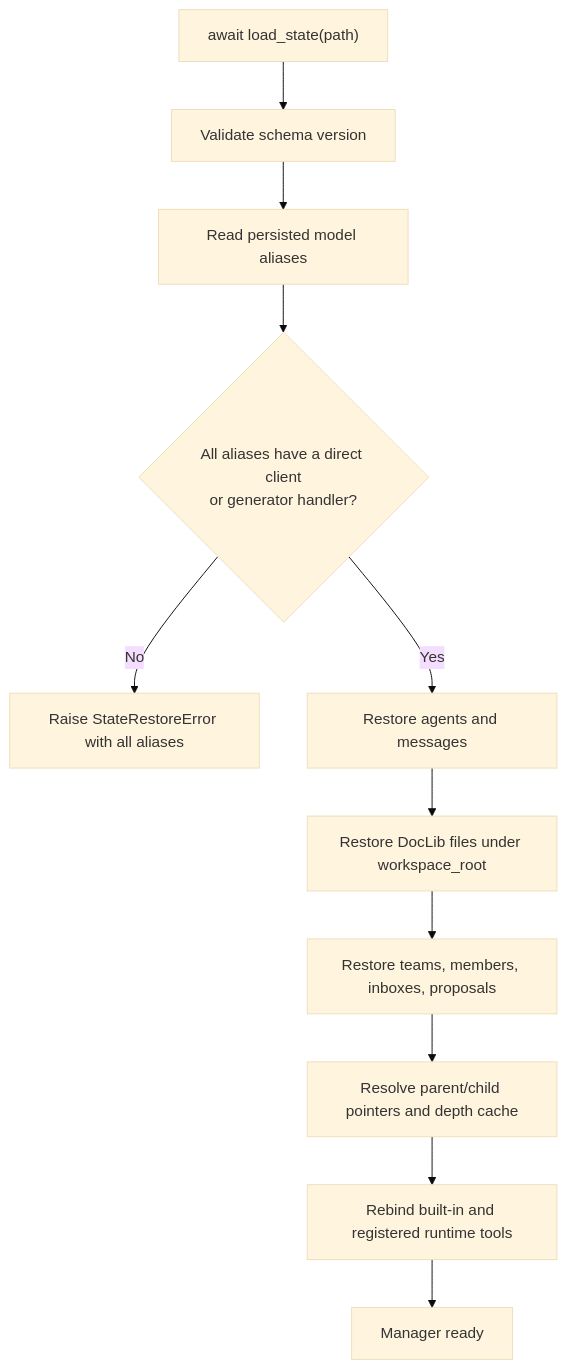
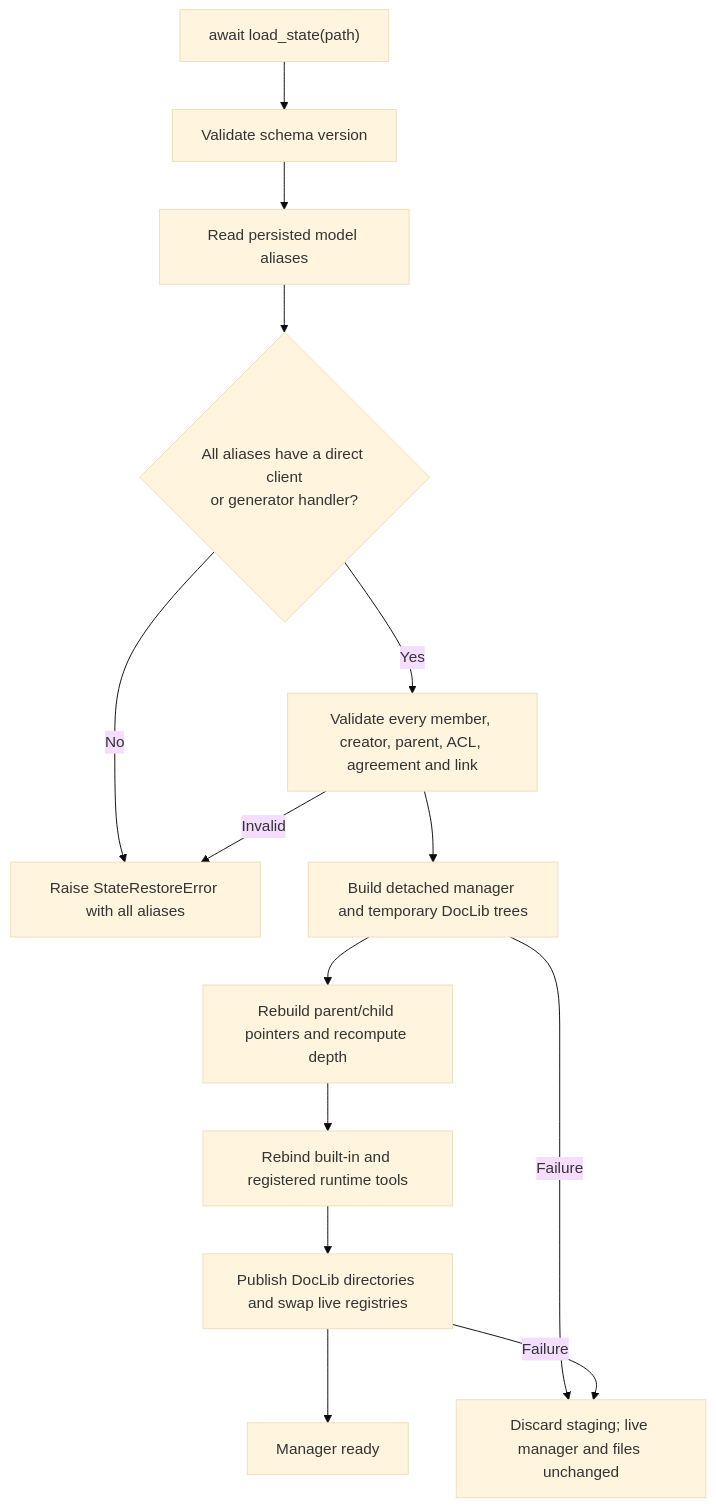
Before and after one commit to AI-Team-Team/AI-Team-Team: the second of 2 diagrams in docs/flowcharts/State_Persistence.md, drawn with Mermaid (base theme). The commit also changed 26 other files, not shown here.

````diff
--- a/docs/flowcharts/State_Persistence.md
+++ b/docs/flowcharts/State_Persistence.md
@@ -16,13 +16,16 @@
 ```mermaid
 flowchart TD
     Load["await load_state(path)"] --> Version["Validate schema version"]
     Version --> Aliases["Read persisted model aliases"]
     Aliases --> Bindings{"All aliases have a direct client\nor generator handler?"}
     Bindings -- "No" --> Error["Raise StateRestoreError with all aliases"]
-    Bindings -- "Yes" --> Agents["Restore agents and messages"]
-    Agents --> Files["Restore DocLib files under workspace_root"]
-    Files --> Teams["Restore teams, members, inboxes, proposals"]
-    Teams --> Pointers["Resolve parent/child pointers and depth cache"]
+    Bindings -- "Yes" --> Validate["Validate every member, creator, parent, ACL, agreement and link"]
+    Validate --> Stage["Build detached manager and temporary DocLib trees"]
+    Stage --> Pointers["Rebuild parent/child pointers and recompute depth"]
     Pointers --> Runtime["Rebind built-in and registered runtime tools"]
-    Runtime --> Ready["Manager ready"]
+    Runtime --> Publish["Publish DocLib directories and swap live registries"]
+    Publish --> Ready["Manager ready"]
+    Validate -- "Invalid" --> Error
+    Stage -- "Failure" --> Rollback["Discard staging; live manager and files unchanged"]
+    Publish -- "Failure" --> Rollback
 ```
````
